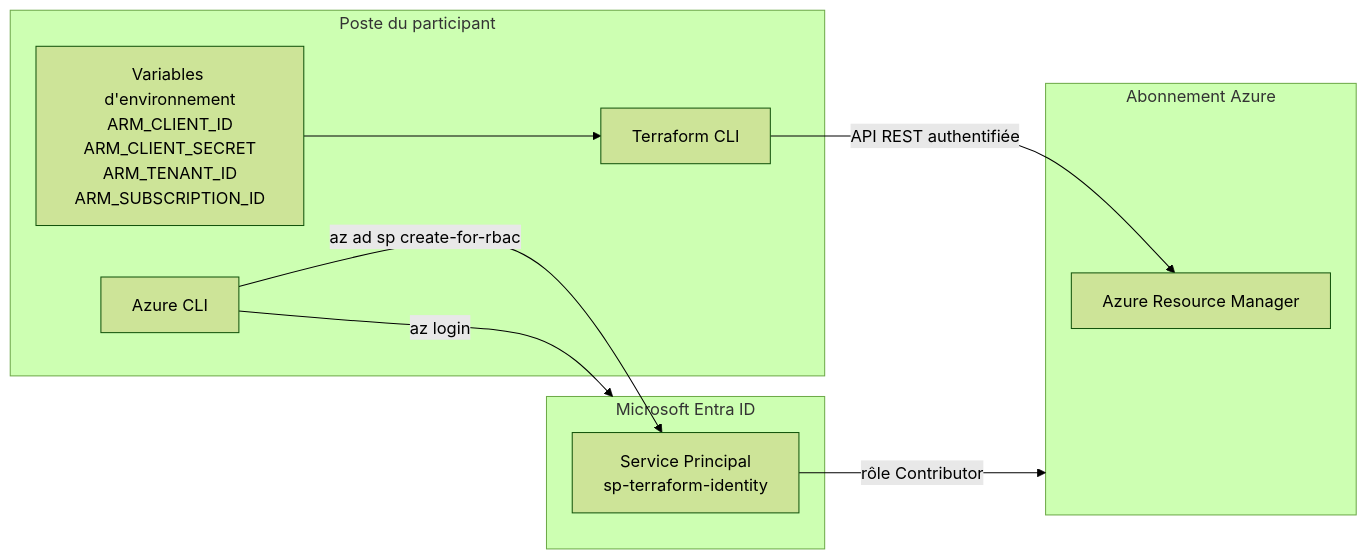
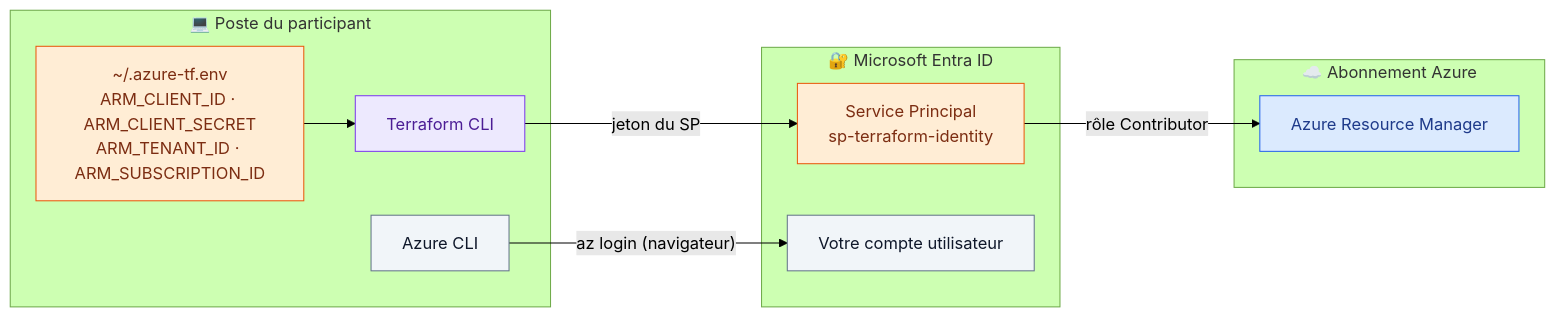
The diagram in lab01-installation.md (hajjiBel/terraform-azure-labs), drawn with Mermaid (forest theme) before and after one commit. The commit also changed other lines of this file and 158 other files, not shown here.

First line of the commit message:
Refonte des 16 labs Terraform Azure : énoncés colorés, corrigés, solutions, scripts formateur

````diff
--- a/lab01-installation.md
+++ b/lab01-installation.md
@@ -15,19 +21,23 @@
 ```mermaid
 flowchart LR
-    subgraph Poste["Poste du participant"]
-        TF["Terraform CLI"]
-        AZ["Azure CLI"]
-        ENV["Variables d'environnement<br/>ARM_CLIENT_ID<br/>ARM_CLIENT_SECRET<br/>ARM_TENANT_ID<br/>ARM_SUBSCRIPTION_ID"]
+    subgraph Poste["💻 Poste du participant"]
+        TF["Terraform CLI"]:::tf
+        AZ["Azure CLI"]:::ext
+        ENV["~/.azure-tf.env<br/>ARM_CLIENT_ID · ARM_CLIENT_SECRET<br/>ARM_TENANT_ID · ARM_SUBSCRIPTION_ID"]:::sec
     end
-    subgraph Entra["Microsoft Entra ID"]
-        SP["Service Principal<br/>sp-terraform-identity"]
+    subgraph Entra["🔐 Microsoft Entra ID"]
+        SP["Service Principal<br/>sp-terraform-identity"]:::sec
+        USER["Votre compte utilisateur"]:::ext
     end
-    subgraph Sub["Abonnement Azure"]
-        ARM["Azure Resource Manager"]
+    subgraph Sub["☁️ Abonnement Azure"]
+        ARM["Azure Resource Manager"]:::net
     end
-    AZ -- "az login" --> Entra
-    AZ -- "az ad sp create-for-rbac" --> SP
-    SP -- "rôle Contributor" --> Sub
+    AZ -- "az login (navigateur)" --> USER
     ENV --> TF
-    TF -- "API REST authentifiée" --> ARM
+    TF -- "jeton du SP" --> SP
+    SP -- "rôle Contributor" --> ARM
+    classDef tf fill:#ede9fe,stroke:#7c3aed,color:#4c1d95
+    classDef net fill:#dbeafe,stroke:#2563eb,color:#1e3a8a
+    classDef sec fill:#ffedd5,stroke:#ea580c,color:#7c2d12
+    classDef ext fill:#f1f5f9,stroke:#64748b,color:#0f172a
 ```
````
